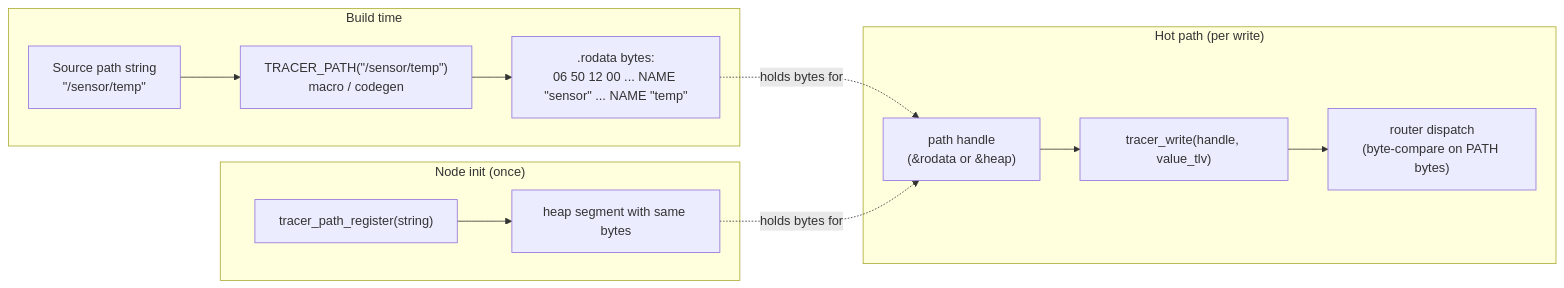
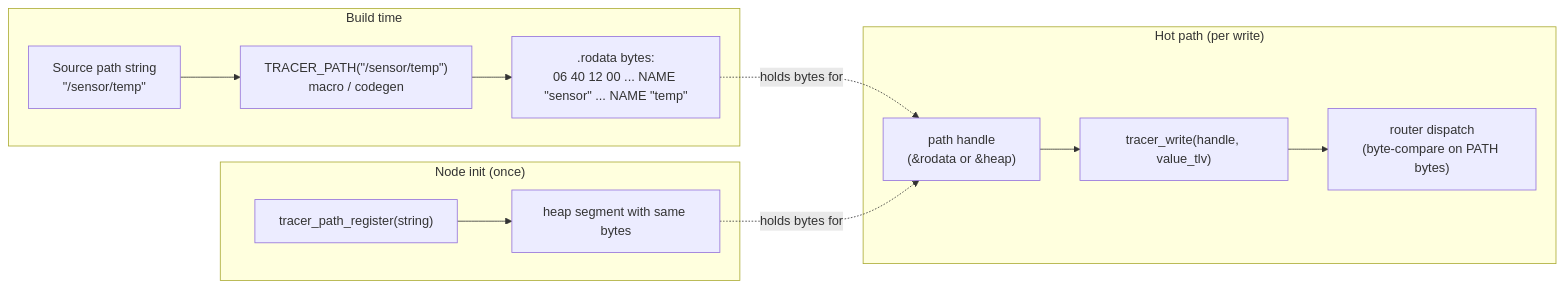
The first of 2 diagrams in docs/reference/03-addressing.md (avatarsd-llc/libtracer), drawn with Mermaid before and after one commit. The commit also changed other lines of this file and 5 other files, not shown here.

````diff
--- a/docs/reference/03-addressing.md
+++ b/docs/reference/03-addressing.md
@@ -275,25 +279,25 @@
 ```mermaid
 flowchart LR
   subgraph Build["Build time"]
     S["Source path string<br/>&quot;/sensor/temp&quot;"]
     M["TRACER_PATH(&quot;/sensor/temp&quot;)<br/>macro / codegen"]
-    R[".rodata bytes:<br/>06 50 12 00 ... NAME &quot;sensor&quot; ... NAME &quot;temp&quot;"]
+    R[".rodata bytes:<br/>06 40 12 00 ... NAME &quot;sensor&quot; ... NAME &quot;temp&quot;"]
     S --> M --> R
   end
 
   subgraph Init["Node init (once)"]
     I["tracer_path_register(string)"]
     H["heap segment with same bytes"]
     I --> H
   end
 
   subgraph Hot["Hot path (per write)"]
     HND["path handle<br/>(&rodata or &heap)"]
     W["tracer_write(handle, value_tlv)"]
     DISP["router dispatch<br/>(byte-compare on PATH bytes)"]
     HND --> W --> DISP
   end
 
   R -.holds bytes for.-> HND
   H -.holds bytes for.-> HND
 ```
````
